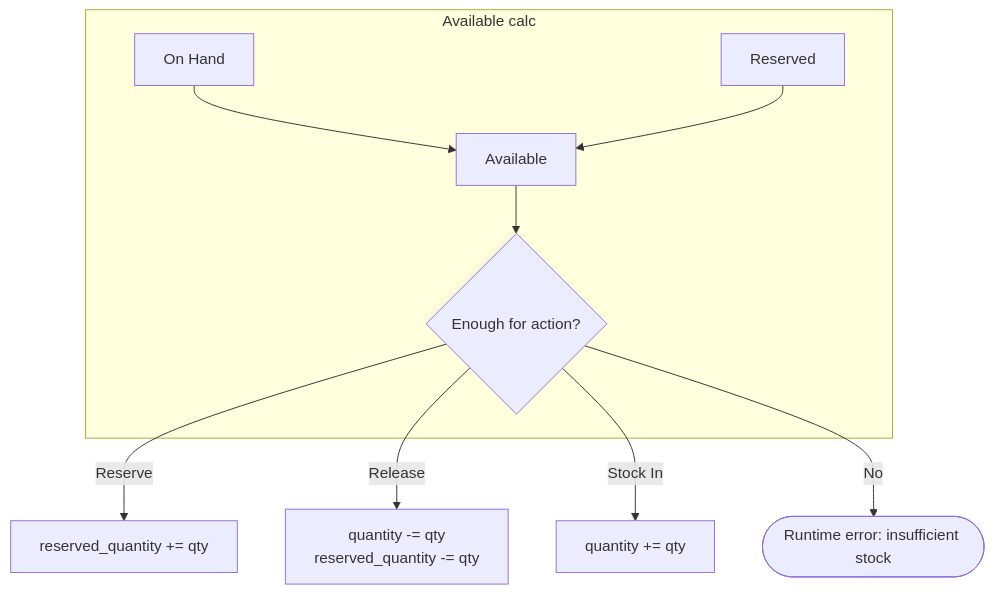
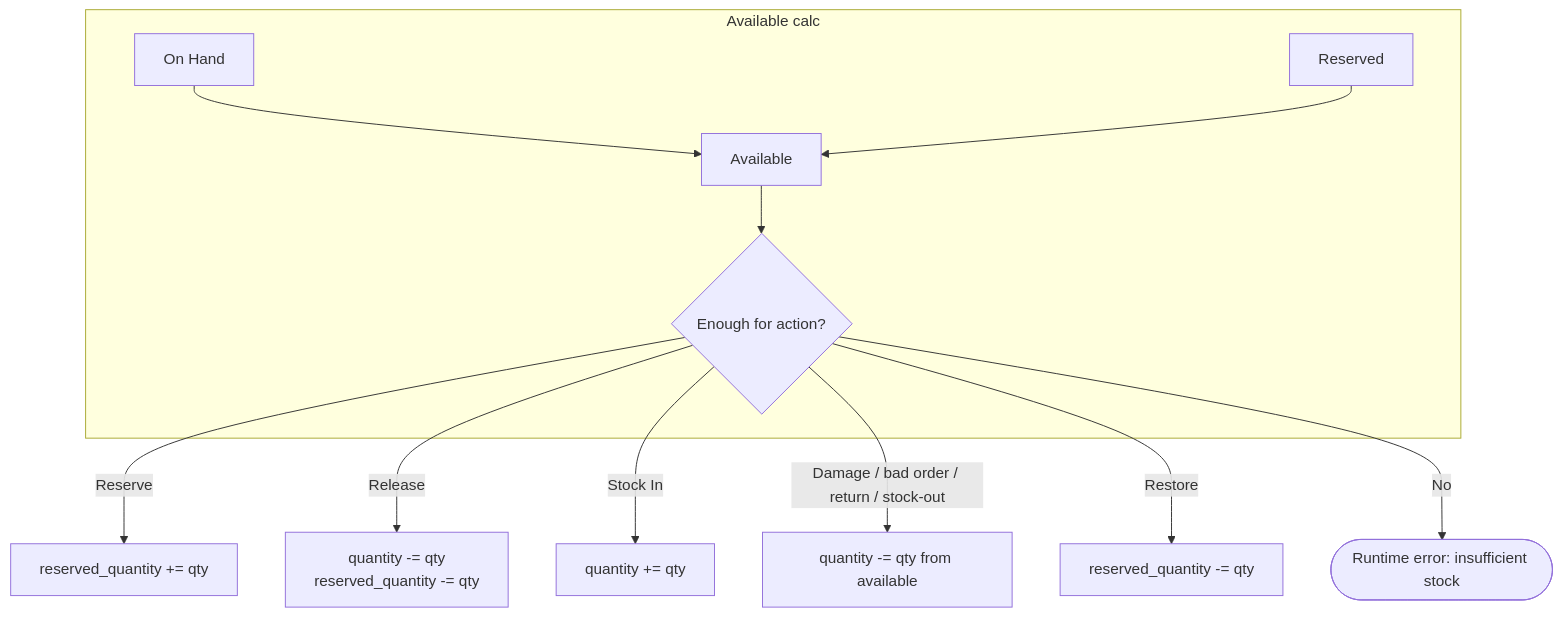
One commit to rhems95/PECIT-Smart-Inventory-System changed the sixth of 9 diagrams in docs/FLOWCHART.md. Above: the diagram before and after it, drawn with Mermaid. The commit also changed other lines of this file and 2 other files, not shown here.

First line of the commit message:
Update ER diagram and flowcharts for stock card and suppliers.

````diff
--- a/docs/FLOWCHART.md
+++ b/docs/FLOWCHART.md
@@ -162,12 +179,14 @@
 ```mermaid
 flowchart TD
     subgraph Available calc
         OH[On Hand] --> AV[Available]
         RQ[Reserved] --> AV
         AV --> CHECK{Enough for action?}
     end
     CHECK -->|Reserve| R1[reserved_quantity += qty]
     CHECK -->|Release| R2[quantity -= qty<br/>reserved_quantity -= qty]
     CHECK -->|Stock In| R3[quantity += qty]
+    CHECK -->|Damage / bad order / return / stock-out| R4[quantity -= qty from available]
+    CHECK -->|Restore| R5[reserved_quantity -= qty]
     CHECK -->|No| ERR([Runtime error: insufficient stock])
 ```
````
